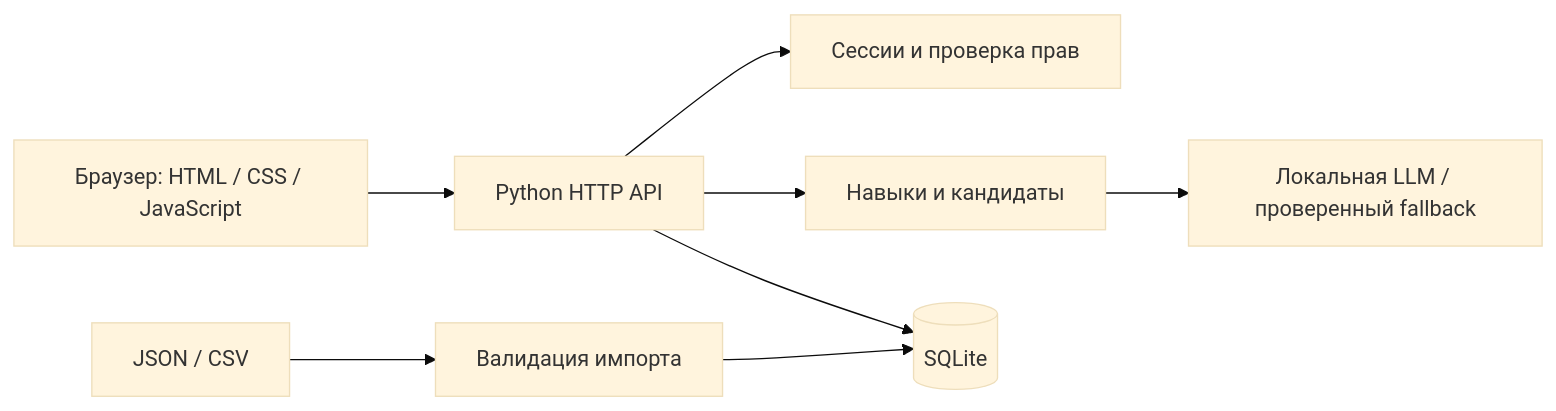
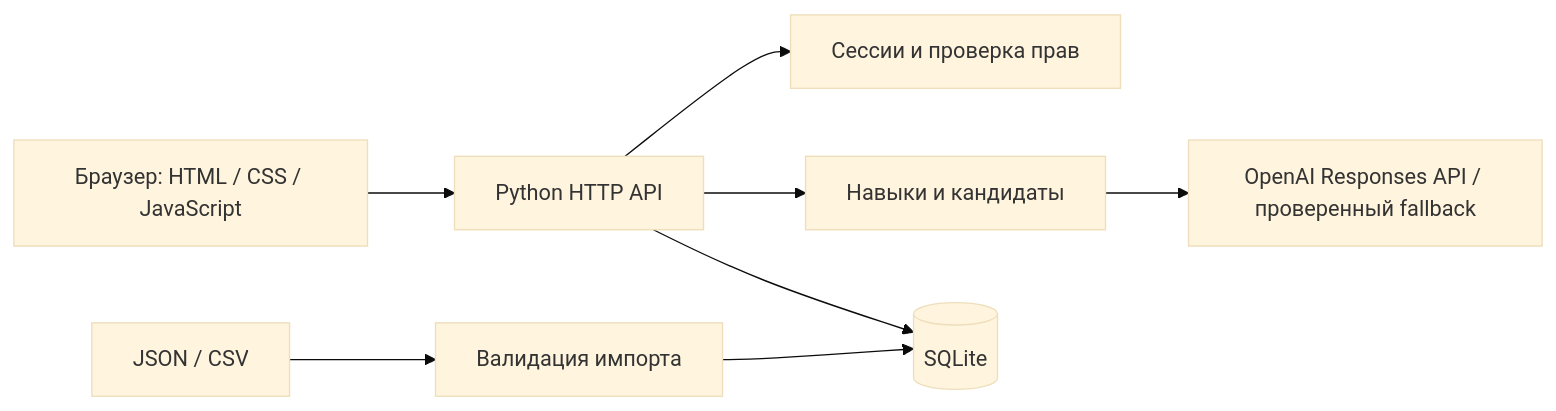
One commit to BAITC-Hacks/hack-176032e6-ggbyte changed the diagram in README.md. Above: the diagram before and after it, drawn with Mermaid (base theme). The commit also changed other lines of this file and 6 other files, not shown here.

````diff
--- a/README.md
+++ b/README.md
@@ -152,10 +164,10 @@
 ```mermaid
 flowchart LR
     UI[Браузер: HTML / CSS / JavaScript] --> API[Python HTTP API]
     API --> AUTH[Сессии и проверка прав]
     API --> ENGINE[Навыки и кандидаты]
-    ENGINE --> AI[Локальная LLM / проверенный fallback]
+    ENGINE --> AI[OpenAI Responses API / проверенный fallback]
     API --> DB[(SQLite)]
     INPUT[JSON / CSV] --> VALIDATE[Валидация импорта]
     VALIDATE --> DB
 ```
````
